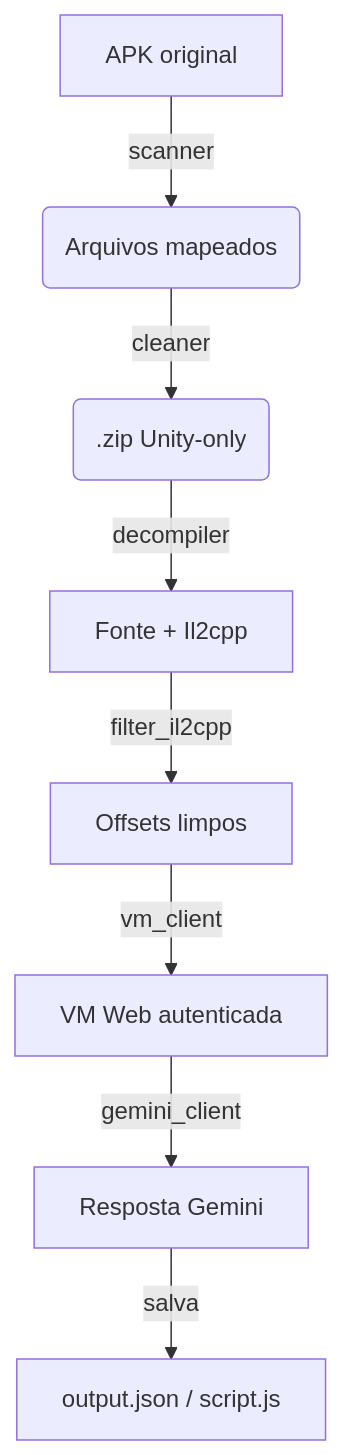
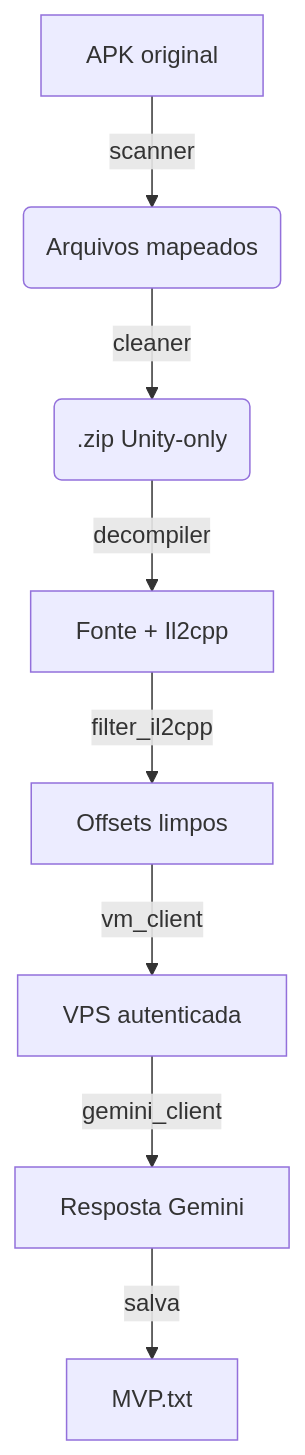
One commit to kvxx99/Vxrig changed the diagram in readme.md. Above: the diagram before and after it, drawn with Mermaid. The commit also changed other lines of this file, not shown here.

````diff
--- a/readme.md
+++ b/readme.md
@@ -48,10 +48,10 @@
 ```mermaid
 flowchart TD
     A[APK original] -->|scanner| B(Arquivos mapeados)
     B -->|cleaner| C(.zip Unity-only)
     C -->|decompiler| D[Fonte + Il2cpp]
     D -->|filter_il2cpp| E[Offsets limpos]
-    E -->|vm_client| F[VM Web autenticada]
+    E -->|vm_client| F[VPS autenticada]
     F -->|gemini_client| G[Resposta Gemini]
-    G -->|salva| H[output.json / script.js]
+    G -->|salva| H[MVP.txt]
 ```
````
